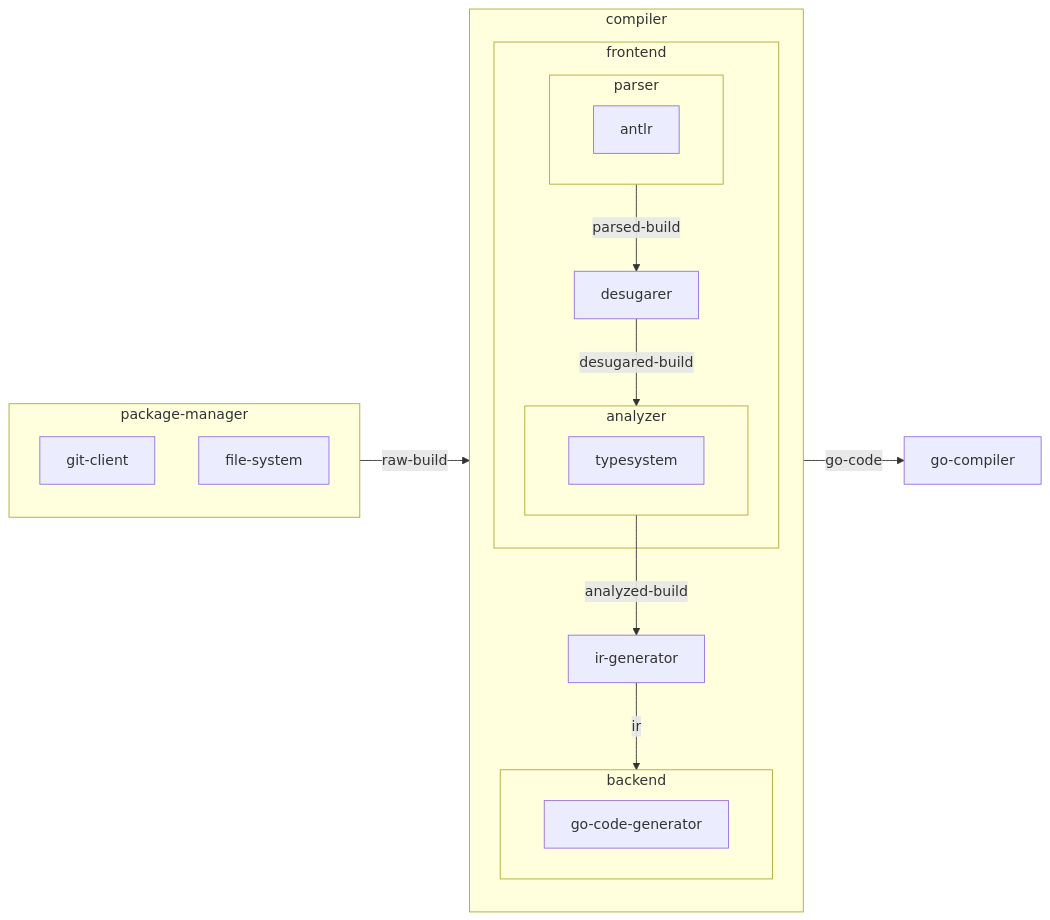
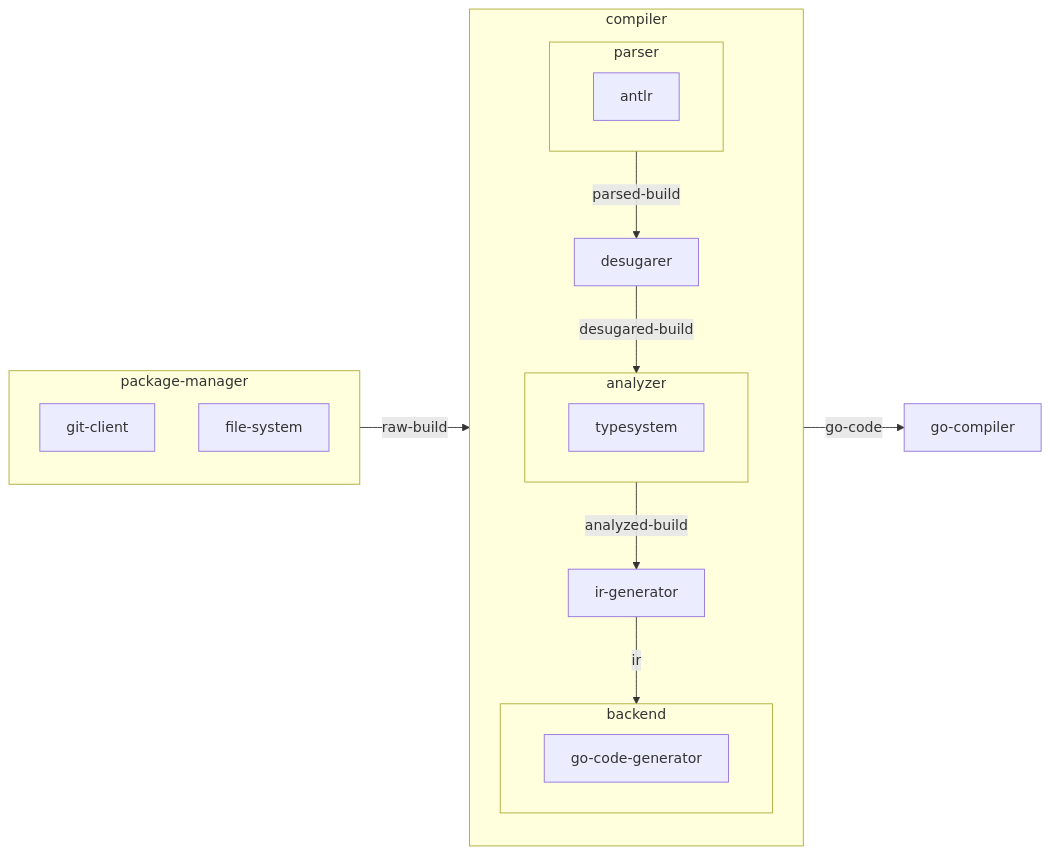
The first of 4 diagrams in ARCHITECTURE.md (nevalang/neva), drawn with Mermaid before and after one commit. The commit also changed other lines of this file and 1 other file, not shown here.

````diff
--- a/ARCHITECTURE.md
+++ b/ARCHITECTURE.md
@@ -5,39 +5,33 @@
 ```mermaid
 flowchart LR
     package-manager -->|raw-build| compiler
 
     subgraph package-manager
         git-client
         file-system
     end
 
     subgraph compiler
-        subgraph frontend
-            parser
-            desugarer
-            analyzer
-        end
-
         subgraph backend
             go-code-generator
         end
 
         parser -->|parsed-build| desugarer
 
         subgraph parser
             antlr
         end
 
         desugarer -->|desugared-build| analyzer
 
         subgraph analyzer
             typesystem
         end
 
         analyzer -->|analyzed-build| ir-generator
 
         ir-generator -->|ir| backend
     end
 
     compiler -->|go-code| go-compiler
 ```
````
